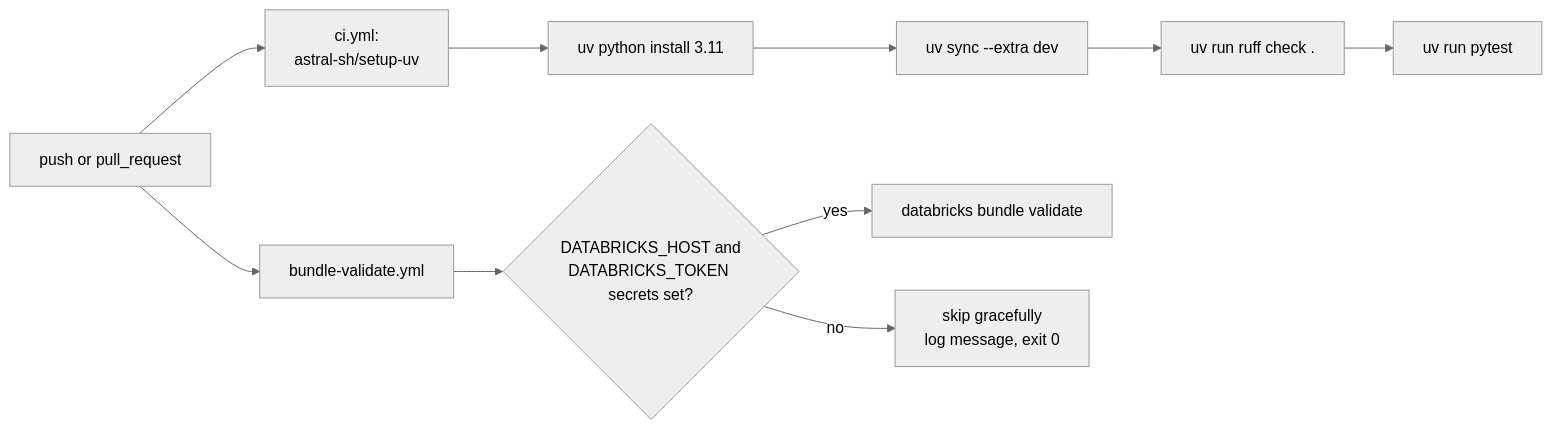
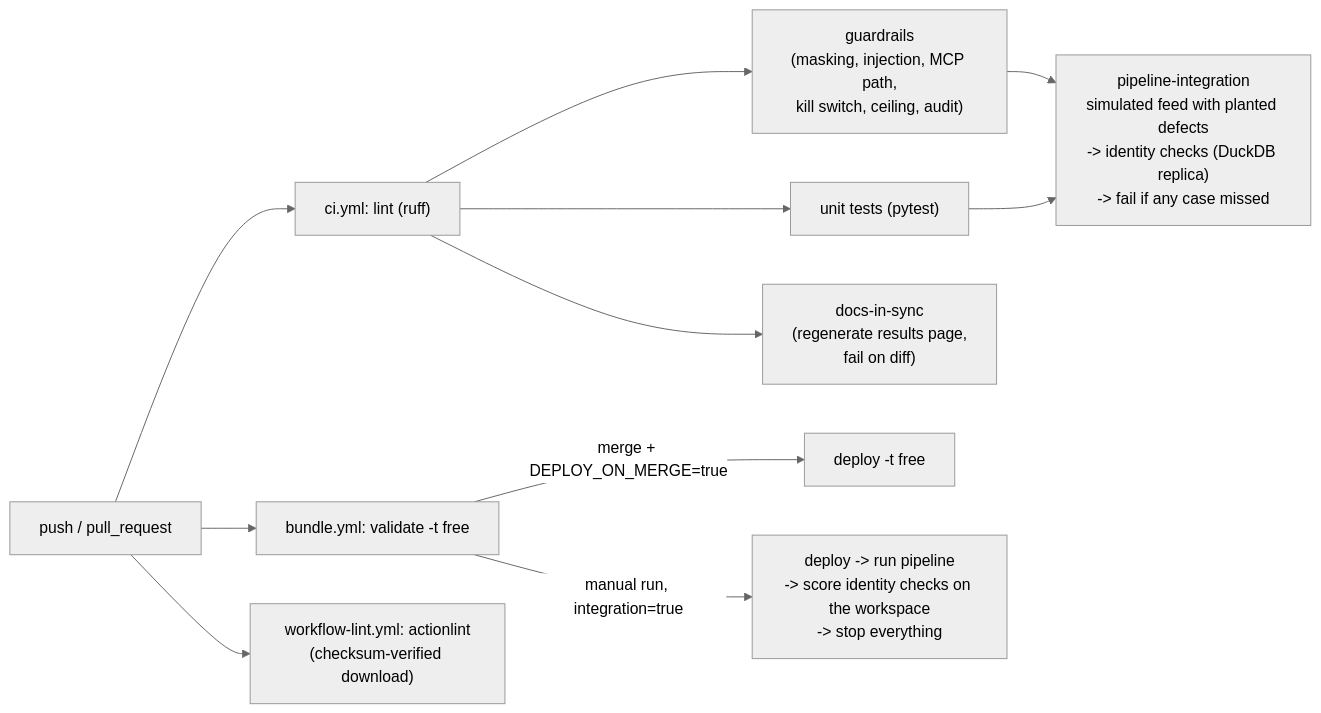
One commit to sumanthreddy369/databricks-agentic-de changed the ninth of 9 diagrams in README.md. Above: the diagram before and after it, drawn with Mermaid (neutral theme). The commit also changed other lines of this file and 14 other files, not shown here.

First line of the commit message:
CI/CD modeled on Databricks' bundle-examples

````diff
--- a/README.md
+++ b/README.md
@@ -765,12 +765,23 @@
 ```mermaid
 flowchart LR
-    A["push or pull_request"] --> B["ci.yml:\nastral-sh/setup-uv"]
-    B --> C["uv python install 3.11"]
-    C --> D["uv sync --extra dev"]
-    D --> E["uv run ruff check ."]
-    E --> F["uv run pytest"]
-    A --> G["bundle-validate.yml"]
-    G --> H{"DATABRICKS_HOST and\nDATABRICKS_TOKEN secrets set?"}
-    H -->|"yes"| I["databricks bundle validate"]
-    H -->|"no"| J["skip gracefully\nlog message, exit 0"]
+    A["push / pull_request"] --> L["ci.yml: lint (ruff)"]
+    L --> G["guardrails
+(masking, injection, MCP path,
+kill switch, ceiling, audit)"]
+    L --> T["unit tests (pytest)"]
+    L --> D["docs-in-sync
+(regenerate results page,
+fail on diff)"]
+    G --> I["pipeline-integration
+simulated feed with planted defects
+-> identity checks (DuckDB replica)
+-> fail if any case missed"]
+    T --> I
+    A --> V["bundle.yml: validate -t free"]
+    V -->|"merge + DEPLOY_ON_MERGE=true"| P["deploy -t free"]
+    V -->|"manual run, integration=true"| W["deploy -> run pipeline
+-> score identity checks on the workspace
+-> stop everything"]
+    A --> K["workflow-lint.yml: actionlint
+(checksum-verified download)"]
 ```
````
